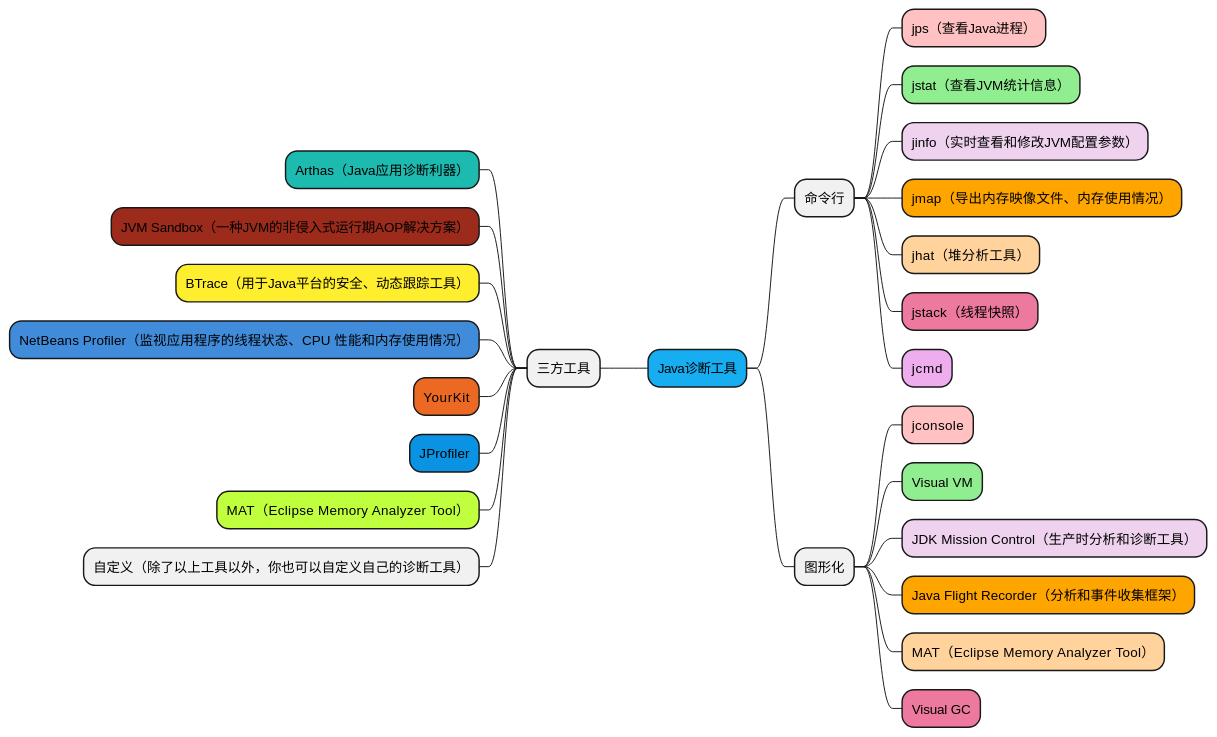
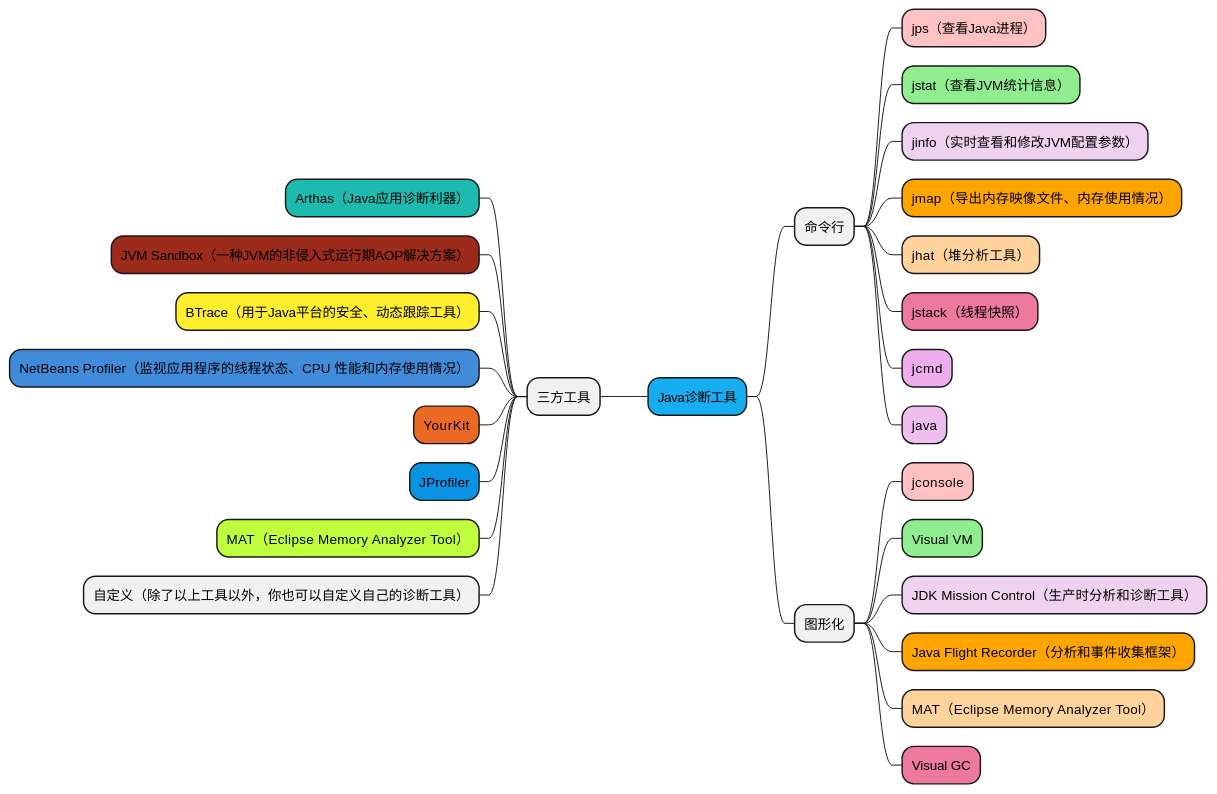
The diagram in docs/java/tools/overview.md (youngledo/java-guide), drawn with PlantUML before and after one commit. The commit also changed 1 other file, not shown here.

Commit message:
配置菜单

````diff
--- a/docs/java/tools/overview.md
+++ b/docs/java/tools/overview.md
@@ -20,29 +20,30 @@
 ```plantuml
 @startmindmap
 +[#17ADF1] Java诊断工具
 ++ 命令行
 +++[#FFC1C1] jps（查看Java进程）
 +++[#90EE90] jstat（查看JVM统计信息）
 +++[#EED2EE] jinfo（实时查看和修改JVM配置参数）
 +++[#FFA500] jmap（导出内存映像文件、内存使用情况）
 +++[#FFD39B] jhat（堆分析工具）
 +++[#EE799F] jstack（线程快照）
 +++[#EEAEEE] jcmd
++++[#EEBEEE] java
 ++ 图形化
 +++[#FFC1C1] jconsole
 +++[#90EE90] Visual VM
 +++[#EED2EE] JDK Mission Control（生产时分析和诊断工具）
 +++[#FFA500] Java Flight Recorder（分析和事件收集框架）
 +++[#FFD39B] MAT（Eclipse Memory Analyzer Tool）
 +++[#EE799F] Visual GC
 -- 三方工具
 ---[#1DBAAF] Arthas（Java应用诊断利器）
 ---[#9C2B1B] JVM Sandbox（一种JVM的非侵入式运行期AOP解决方案）
 ---[#FFEE2E] BTrace（用于Java平台的安全、动态跟踪工具）
 ---[#418CDA] NetBeans Profiler（监视应用程序的线程状态、CPU 性能和内存使用情况）
 ---[#EC6924] YourKit
 ---[#0993E2] JProfiler
 ---[#C0FF3E] MAT（Eclipse Memory Analyzer Tool）
 --- 自定义（除了以上工具以外，你也可以自定义自己的诊断工具）
 @endmindmap
 ```
````
